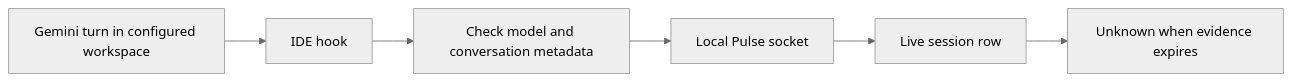
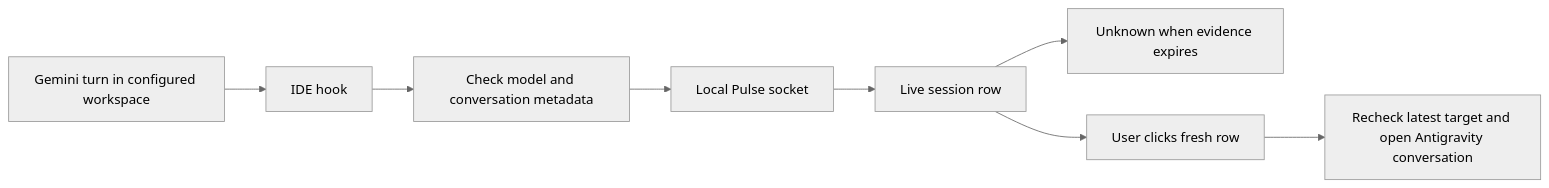
One commit to tongvtdan/Bamboo-Pulse changed the diagram in docs/gemini-monitoring.md. Above: the diagram before and after it, drawn with Mermaid (neutral theme). The commit also changed other lines of this file and 10 other files, not shown here.

First line of the commit message:
Add click-to-open for observed Antigravity conversations

````diff
--- a/docs/gemini-monitoring.md
+++ b/docs/gemini-monitoring.md
@@ -17,8 +17,10 @@
 ```mermaid
 flowchart LR
     A[Gemini turn in configured workspace] --> B[IDE hook]
     B --> C[Check model and conversation metadata]
     C --> D[Local Pulse socket]
     D --> E[Live session row]
     E --> F[Unknown when evidence expires]
+    E --> G[User clicks fresh row]
+    G --> H[Recheck latest target and open Antigravity conversation]
 ```
````
